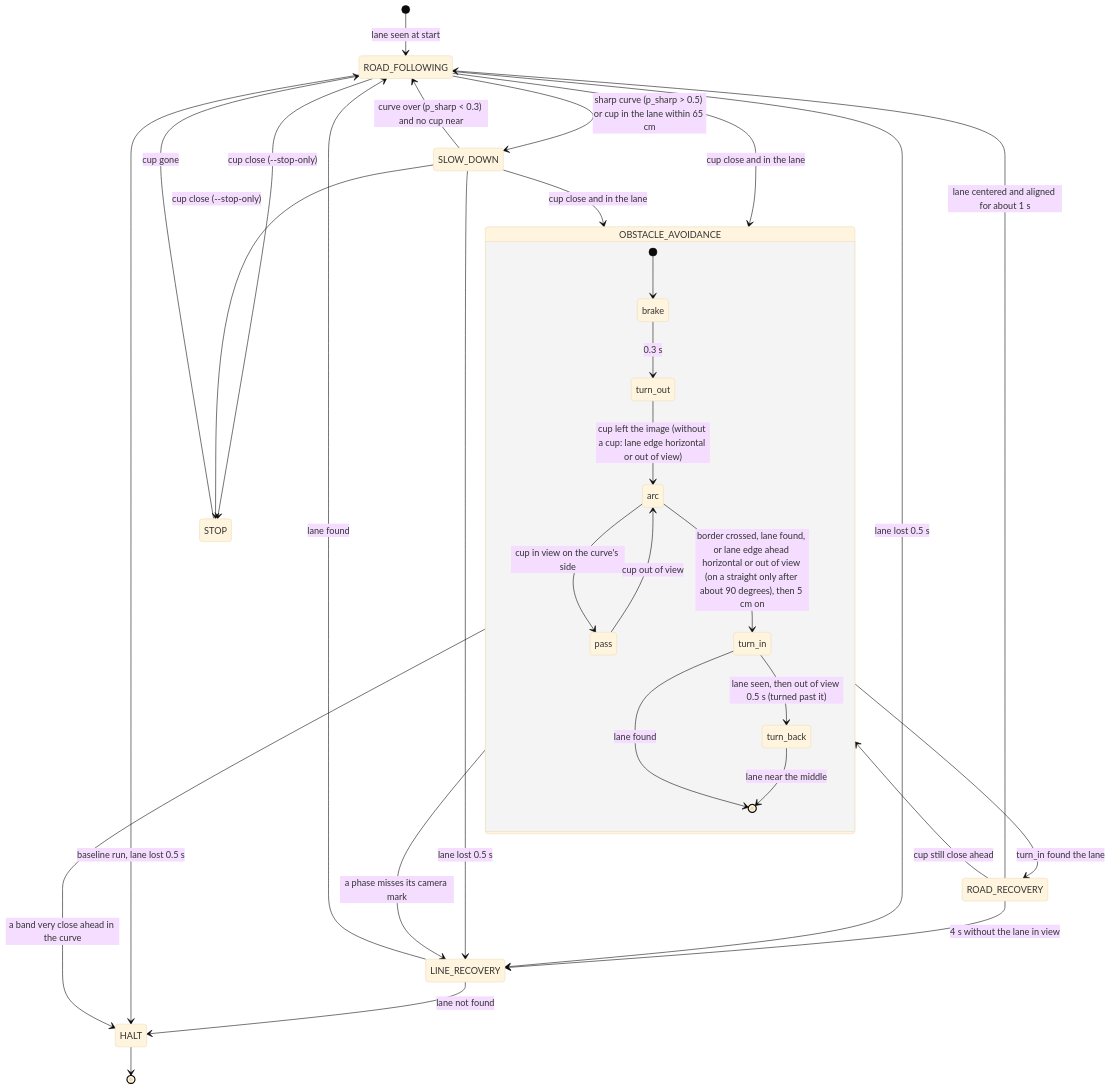
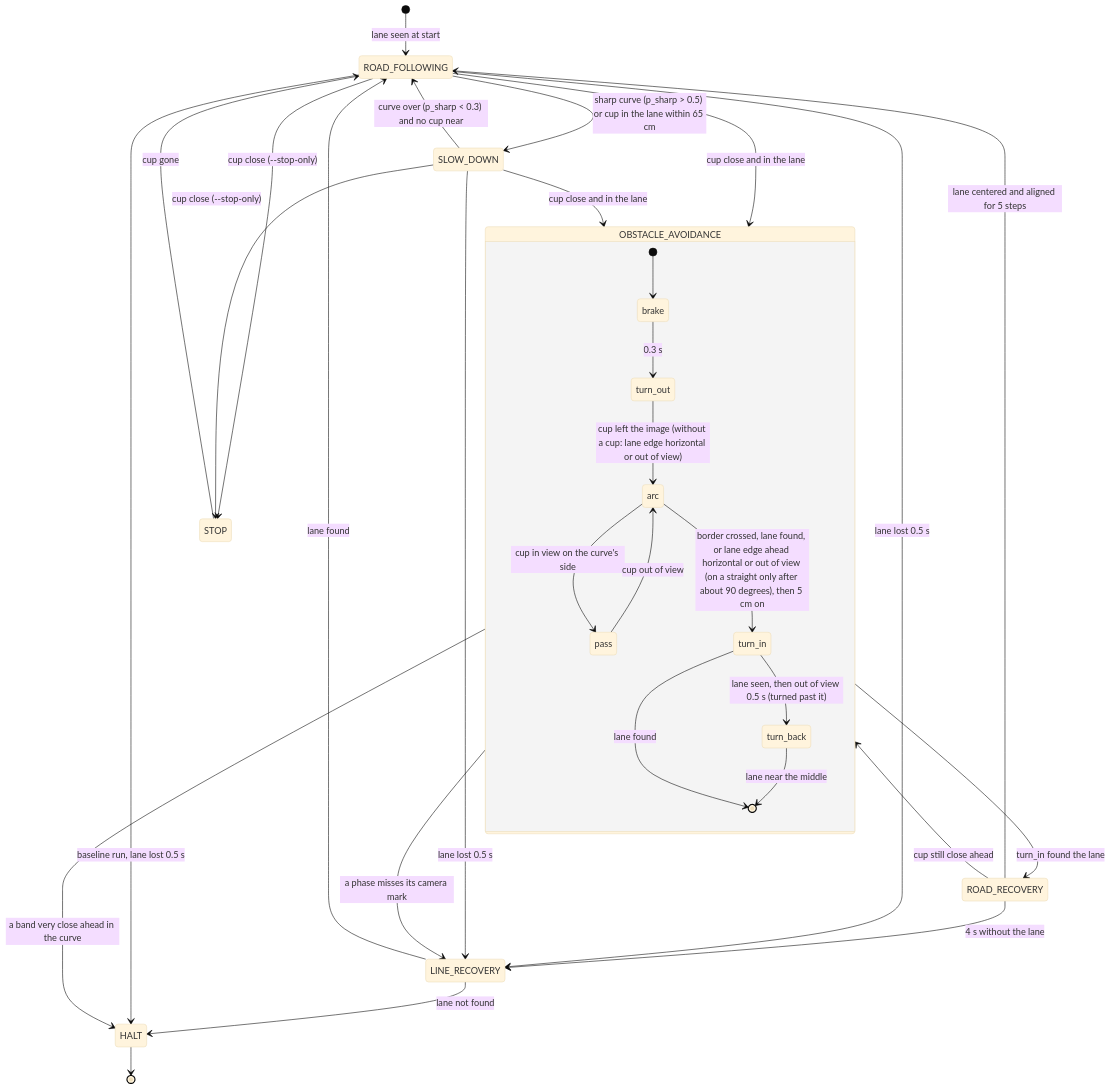
One commit to janniskrn/robotic-jetbot changed the diagram in notebooks/mini_av/STATE_MACHINE.md. Above: the diagram before and after it, drawn with Mermaid (base theme). The commit also changed other lines of this file and 7 other files, not shown here.

First line of the commit message:
ROAD_RECOVERY holds short lane gaps into the curve like following (RECOV3); STEER3 undone (it kept the robot in ROAD_RECOVERY through a sharp curve, steering against it); offline only, 137 checks

````diff
--- a/notebooks/mini_av/STATE_MACHINE.md
+++ b/notebooks/mini_av/STATE_MACHINE.md
@@ -35,34 +35,34 @@
 ```mermaid
 stateDiagram-v2
     [*] --> ROAD_FOLLOWING: lane seen at start
     ROAD_FOLLOWING --> SLOW_DOWN: sharp curve (p_sharp > 0.5) or cup in the lane within 65 cm
     SLOW_DOWN --> ROAD_FOLLOWING: curve over (p_sharp < 0.3) and no cup near
     ROAD_FOLLOWING --> OBSTACLE_AVOIDANCE: cup close and in the lane
     SLOW_DOWN --> OBSTACLE_AVOIDANCE: cup close and in the lane
     state OBSTACLE_AVOIDANCE {
         [*] --> brake
         brake --> turn_out: 0.3 s
         turn_out --> arc: cup left the image (without a cup: lane edge horizontal or out of view)
         arc --> pass: cup in view on the curve's side
         pass --> arc: cup out of view
         arc --> turn_in: border crossed, lane found, or lane edge ahead horizontal or out of view (on a straight only after about 90 degrees), then 5 cm on
         turn_in --> [*]: lane found
         turn_in --> turn_back: lane seen, then out of view 0.5 s (turned past it)
         turn_back --> [*]: lane near the middle
     }
     OBSTACLE_AVOIDANCE --> ROAD_RECOVERY: turn_in found the lane
     OBSTACLE_AVOIDANCE --> HALT: a band very close ahead in the curve
-    ROAD_RECOVERY --> ROAD_FOLLOWING: lane centered and aligned for about 1 s
+    ROAD_RECOVERY --> ROAD_FOLLOWING: lane centered and aligned for 5 steps
     ROAD_RECOVERY --> OBSTACLE_AVOIDANCE: cup still close ahead
-    ROAD_RECOVERY --> LINE_RECOVERY: 4 s without the lane in view
+    ROAD_RECOVERY --> LINE_RECOVERY: 4 s without the lane
     ROAD_FOLLOWING --> LINE_RECOVERY: lane lost 0.5 s
     SLOW_DOWN --> LINE_RECOVERY: lane lost 0.5 s
     OBSTACLE_AVOIDANCE --> LINE_RECOVERY: a phase misses its camera mark
     LINE_RECOVERY --> ROAD_FOLLOWING: lane found
     LINE_RECOVERY --> HALT: lane not found
     ROAD_FOLLOWING --> STOP: cup close (--stop-only)
     SLOW_DOWN --> STOP: cup close (--stop-only)
     STOP --> ROAD_FOLLOWING: cup gone
     ROAD_FOLLOWING --> HALT: baseline run, lane lost 0.5 s
     HALT --> [*]
 ```
````
